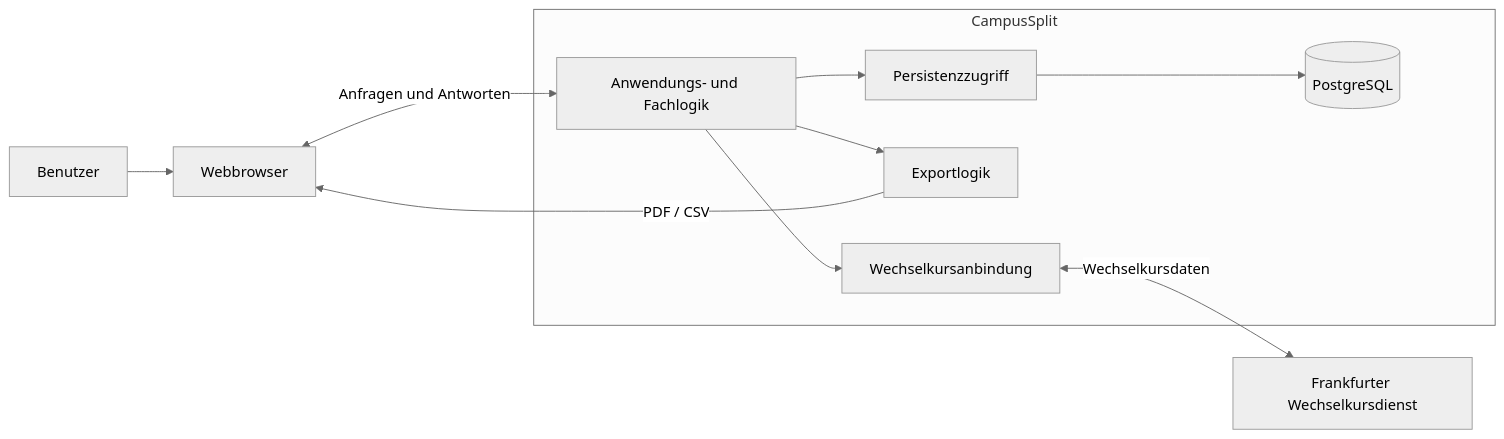
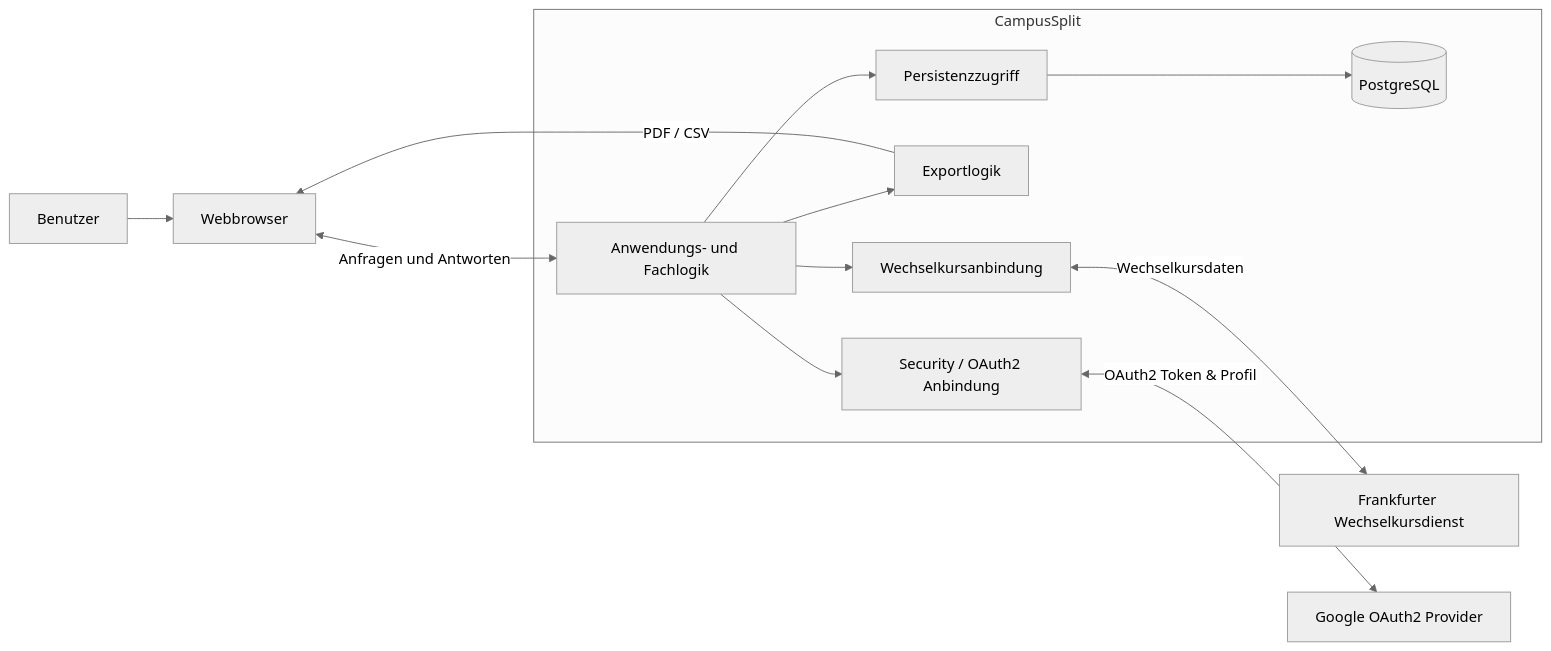
Before and after one commit to Bunyamin0101/WK_1106_CampusSplit: the third of 3 diagrams in Architektur/A03-context-and-scope.md, drawn with Mermaid (neutral theme). The commit also changed other lines of this file, not shown here.

First line of the commit message:
Integrate Google OAuth2 for user authentication

````diff
--- a/Architektur/A03-context-and-scope.md
+++ b/Architektur/A03-context-and-scope.md
@@ -125,24 +138,28 @@
 ```mermaid
 flowchart LR
     USER[Benutzer]
     BROWSER[Webbrowser]
     FX[Frankfurter Wechselkursdienst]
+    AUTH[Google OAuth2 Provider]
 
     subgraph CS[CampusSplit]
         APP[Anwendungs- und Fachlogik]
         PERSIST[Persistenzzugriff]
         DB[(PostgreSQL)]
         EXPORT[Exportlogik]
         FXADAPTER[Wechselkursanbindung]
+        AUTHADAPTER[Security / OAuth2 Anbindung]
 
         APP --> PERSIST
         PERSIST --> DB
         APP --> EXPORT
         APP --> FXADAPTER
+        APP --> AUTHADAPTER
     end
 
     USER --> BROWSER
     BROWSER <-->|Anfragen und Antworten| APP
     FXADAPTER <-->|Wechselkursdaten| FX
+    AUTHADAPTER <-->|OAuth2 Token & Profil| AUTH
     EXPORT -->|PDF / CSV| BROWSER
 ```
````
